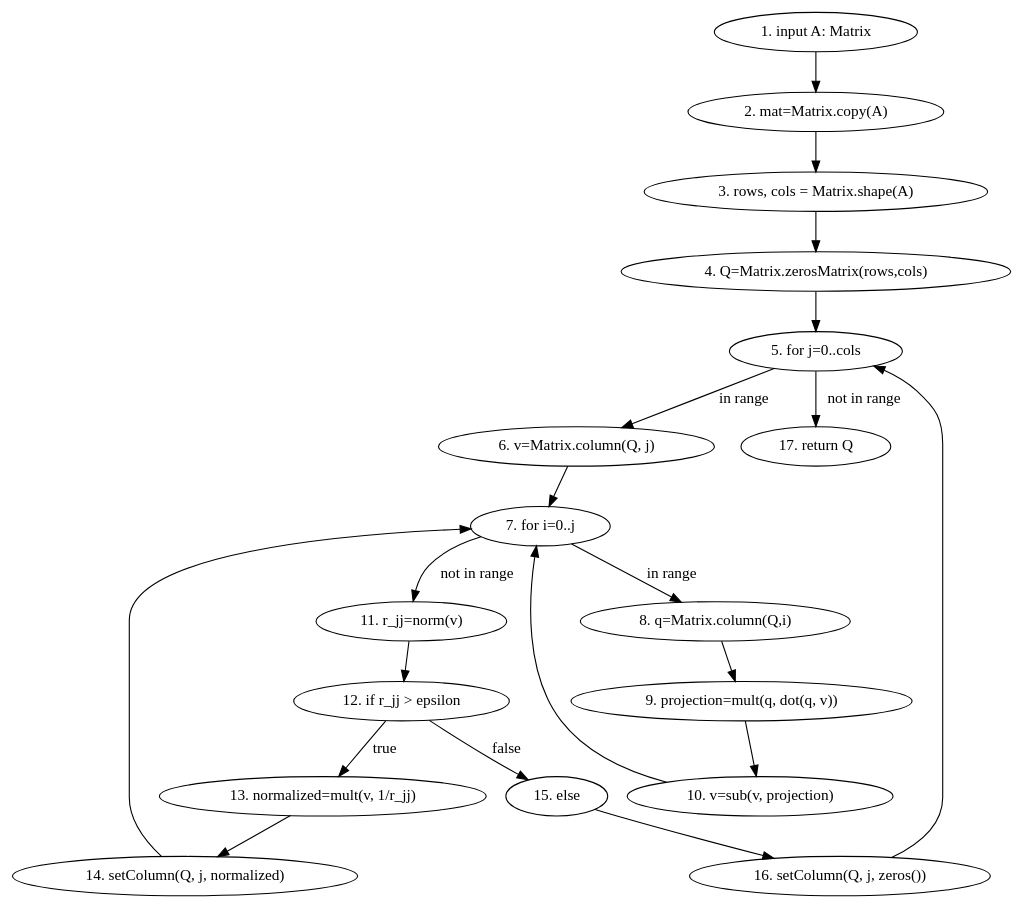
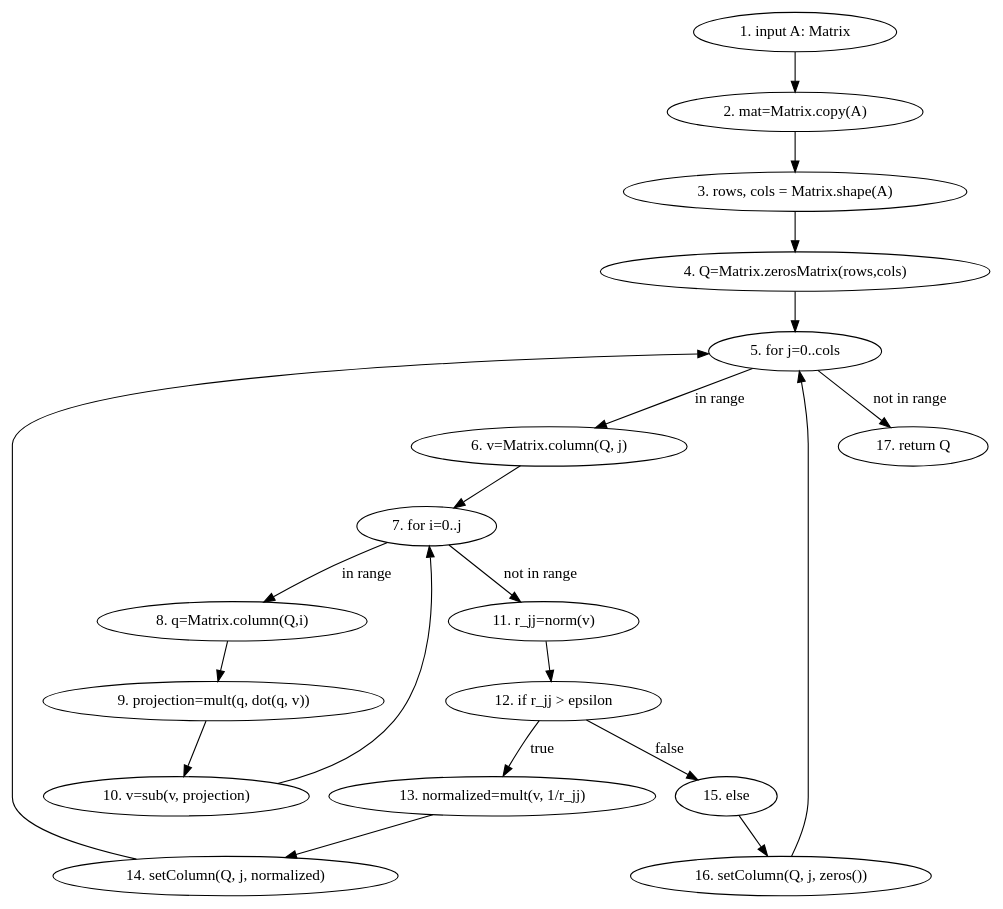
Before and after one commit to drakexcaptainop/p5t: the diagram in test_graphs/scripts/matrix/gramSchmidth.dot, drawn with Graphviz. The commit also changed 30 other files, not shown here.

```diff
--- a/test_graphs/scripts/matrix/gramSchmidth.dot
+++ b/test_graphs/scripts/matrix/gramSchmidth.dot
@@ -1,37 +1,37 @@
 digraph G {
     INP [label="1. input A: Matrix"]
     SET0 [label="2. mat=Matrix.copy(A)"]
     SET1 [label="3. rows, cols = Matrix.shape(A)"]
     SET2 [label="4. Q=Matrix.zerosMatrix(rows,cols)"]
     FOR_EXT [label="5. for j=0..cols"]
     SET3 [label="6. v=Matrix.column(Q, j)"]
     FOR_INN [label="7. for i=0..j"]
     SET4 [label="8. q=Matrix.column(Q,i)"]
     SET5 [label="9. projection=mult(q, dot(q, v))"]
     SET6 [label="10. v=sub(v, projection)"]
     SET7 [label="11. r_jj=norm(v)"]
     IF [label="12. if r_jj > epsilon"]
     SET8 [label="13. normalized=mult(v, 1/r_jj)"]
     SET9 [label="14. setColumn(Q, j, normalized)"]
     ELSE [label="15. else"]
     SET10 [label="16. setColumn(Q, j, zeros())"]
     RET [label="17. return Q"]
 
     INP -> SET0 -> SET1 -> SET2 -> FOR_EXT
     FOR_EXT -> SET3 [label="in range"]
     FOR_EXT -> RET [label="not in range"]
 
     SET3 -> FOR_INN 
     FOR_INN -> SET4 [label="in range"]
     SET4 -> SET5 -> SET6
     SET6 -> FOR_INN
 
     FOR_INN -> SET7 [label="not in range"]
     SET7 -> IF 
     IF -> SET8 [label="true"]
-    SET8 -> SET9 -> FOR_INN
+    SET8 -> SET9 -> FOR_EXT
     IF -> ELSE [label="false"]
     ELSE -> SET10 
     SET10 -> FOR_EXT
 
 }
```
